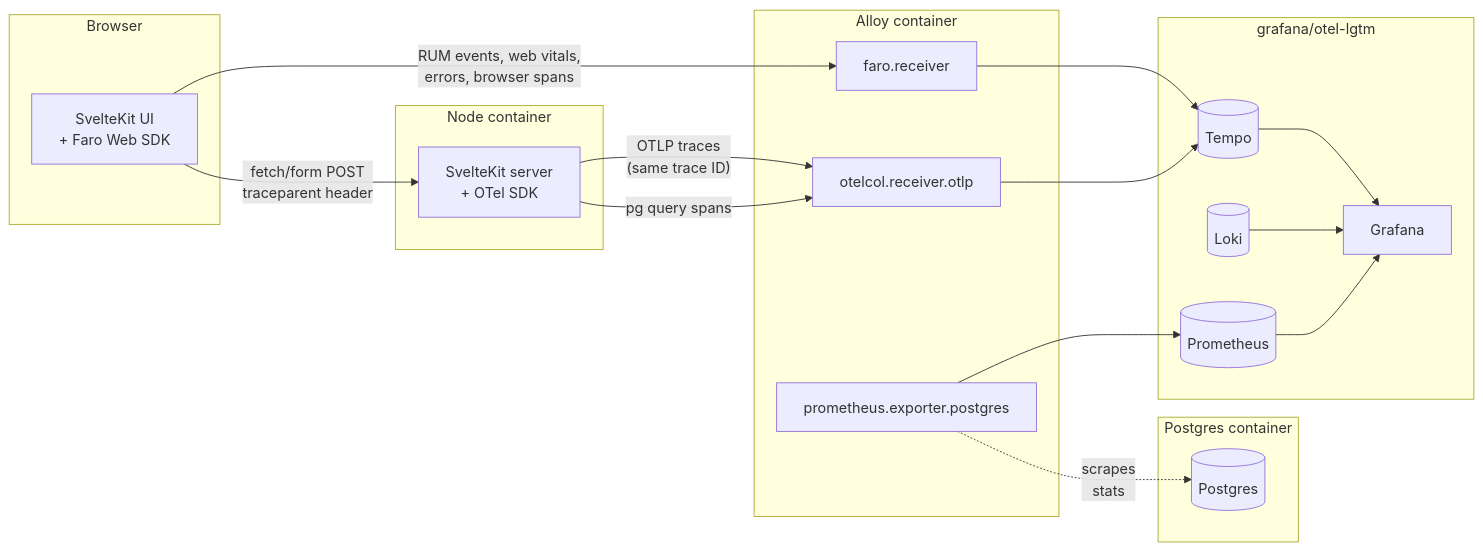
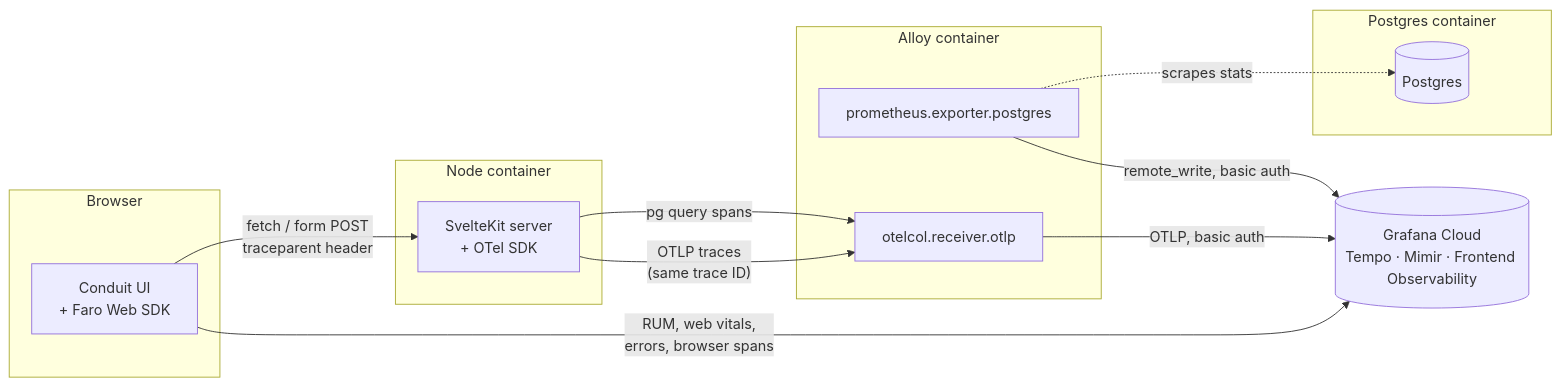
One commit to colinedwardwood/faro-to-otel-tracing changed the diagram in README.md. Above: the diagram before and after it, drawn with Mermaid. The commit also changed other lines of this file and 1 other file, not shown here.

Commit message:
Rework guide: real sveltejs/realworld app, Grafana Cloud instead of local LGTM, add instrument.sh

````diff
--- a/README.md
+++ b/README.md
@@ -18,40 +24,29 @@
 ```mermaid
 flowchart LR
     subgraph Browser
-        UI[SvelteKit UI<br/>+ Faro Web SDK]
+        UI[Conduit UI<br/>+ Faro Web SDK]
     end
 
     subgraph "Node container"
         SK[SvelteKit server<br/>+ OTel SDK]
     end
 
     subgraph "Postgres container"
         PG[(Postgres)]
     end
 
     subgraph "Alloy container"
-        FR[faro.receiver]
         OR[otelcol.receiver.otlp]
         PE[prometheus.exporter.postgres]
     end
 
-    subgraph "grafana/otel-lgtm"
-        Tempo[(Tempo)]
-        Loki[(Loki)]
-        Prom[(Prometheus)]
-        Graf[Grafana]
-    end
+    Cloud[("Grafana Cloud<br/>Tempo · Mimir · Frontend Observability")]
 
-    UI -- "fetch/form POST\ntraceparent header" --> SK
-    UI -- "RUM events, web vitals,\nerrors, browser spans" --> FR
-    SK -- "OTLP traces\n(same trace ID)" --> OR
+    UI -- "fetch / form POST<br/>traceparent header" --> SK
+    UI -- "RUM, web vitals,<br/>errors, browser spans" --> Cloud
+    SK -- "OTLP traces<br/>(same trace ID)" --> OR
     SK -- "pg query spans" --> OR
-    PE -. "scrapes\nstats" .-> PG
-
-    FR --> Tempo
-    OR --> Tempo
-    PE --> Prom
-    Tempo --> Graf
-    Loki --> Graf
-    Prom --> Graf
+    PE -. "scrapes stats" .-> PG
+    OR -- "OTLP, basic auth" --> Cloud
+    PE -- "remote_write, basic auth" --> Cloud
 ```
````
